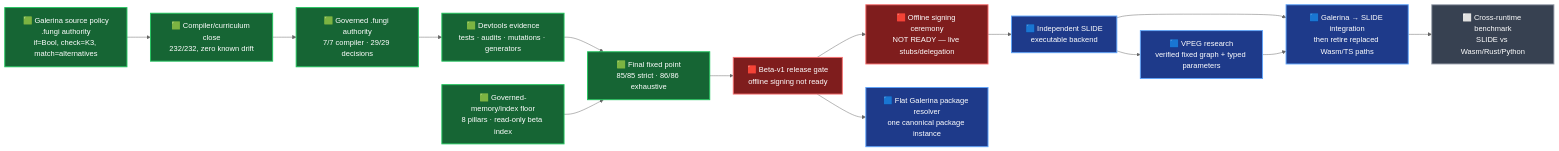
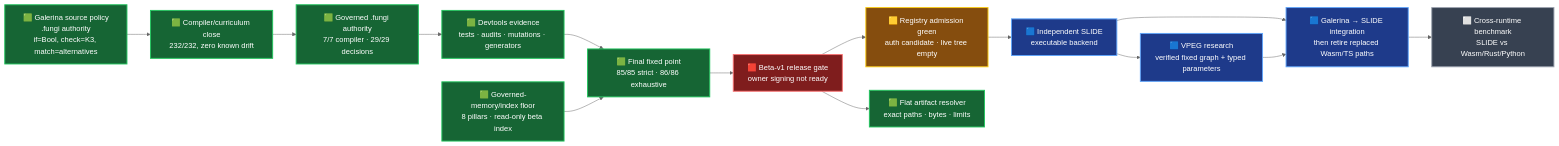
The diagram in docs/roadmap-2026-07-29-galerina-beta-v1-to-slide.md (TritHypha/Deveolpment-runtime-fungi-gate), drawn with Mermaid (neutral theme) before and after one commit. The commit also changed other lines of this file and 6 other files, not shown here.

Commit message:
docs: update registry roadmap and signing gates

````diff
--- a/docs/roadmap-2026-07-29-galerina-beta-v1-to-slide.md
+++ b/docs/roadmap-2026-07-29-galerina-beta-v1-to-slide.md
@@ -22,32 +22,34 @@
 ```mermaid
 flowchart LR
     A["🟩 Galerina source policy<br/>.fungi authority<br/>if=Bool, check=K3, match=alternatives"]
     B["🟩 Compiler/curriculum close<br/>232/232, zero known drift"]
     C["🟩 Governed .fungi authority<br/>7/7 compiler · 29/29 decisions"]
     D["🟩 Devtools evidence<br/>tests · audits · mutations · generators"]
     E["🟩 Final fixed point<br/>85/85 strict · 86/86 exhaustive"]
-    F["🟥 Beta-v1 release gate<br/>offline signing not ready"]
-    G["🟥 Offline signing ceremony<br/>NOT READY — live stubs/delegation"]
+    F["🟥 Beta-v1 release gate<br/>owner signing not ready"]
+    G["🟨 Registry admission green<br/>auth candidate · live tree empty"]
     H["🟦 Independent SLIDE<br/>executable backend"]
     I["🟦 Galerina → SLIDE integration<br/>then retire replaced Wasm/TS paths"]
     J["⬜ Cross-runtime benchmark<br/>SLIDE vs Wasm/Rust/Python"]
-    P["🟦 Flat Galerina package resolver<br/>one canonical package instance"]
+    P["🟩 Flat artifact resolver<br/>exact paths · bytes · limits"]
     M["🟦 VPEG research<br/>verified fixed graph + typed parameters"]
     Z["🟩 Governed-memory/index floor<br/>8 pillars · read-only beta index"]
 
     A --> B --> C --> D --> E --> F --> G --> H --> I --> J
     Z --> E
     F --> P
     H --> M
     M --> I
 
     classDef green fill:#166534,color:#ffffff,stroke:#22c55e,stroke-width:2px;
     classDef amber fill:#854d0e,color:#ffffff,stroke:#facc15,stroke-width:2px;
     classDef red fill:#7f1d1d,color:#ffffff,stroke:#f87171,stroke-width:2px;
     classDef blue fill:#1e3a8a,color:#ffffff,stroke:#60a5fa,stroke-width:2px;
     classDef grey fill:#374151,color:#ffffff,stroke:#9ca3af,stroke-width:2px;
     class A,B,C,D,E,Z green;
-    class F,G red;
-    class H,I,P,M blue;
+    class F red;
+    class G amber;
+    class H,I,M blue;
+    class P green;
     class J grey;
 ```
````
